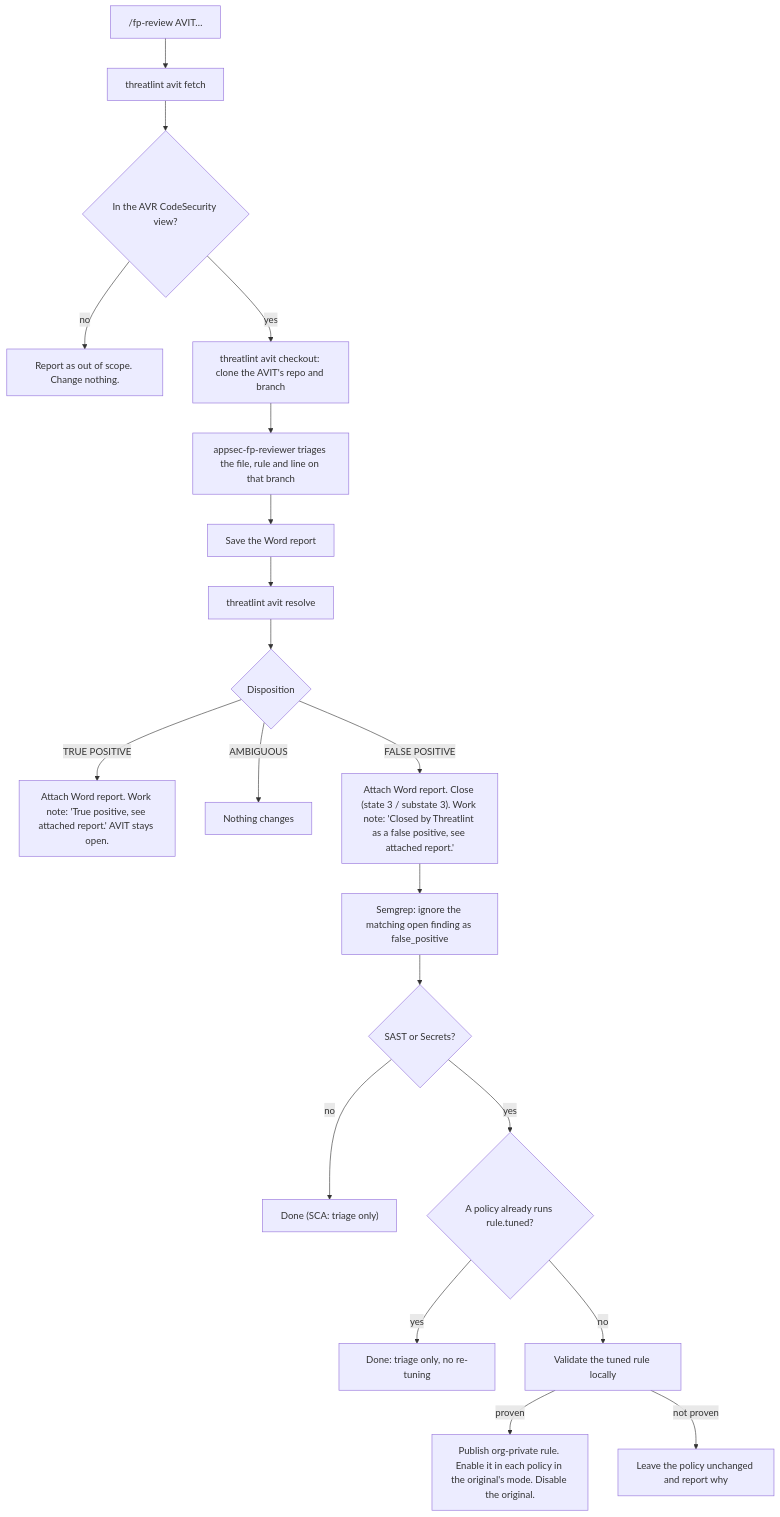
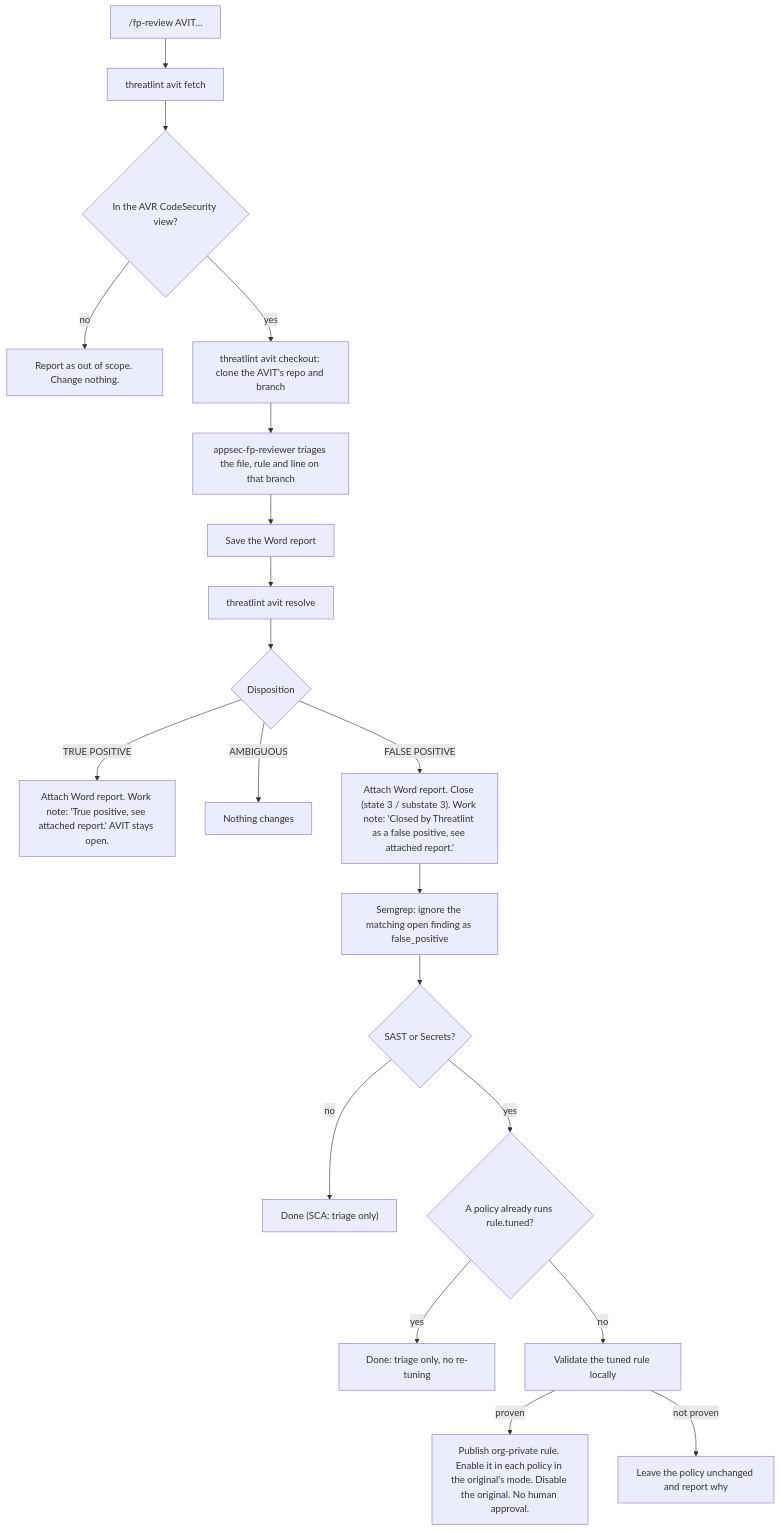
One commit to h0p3sf4ll/threatlint changed the first of 2 diagrams in docs/avit-integration.md. Above: the diagram before and after it, drawn with Mermaid. The commit also changed other lines of this file and 5 other files, not shown here.

First line of the commit message:
feat(semgrep): deploy proven rule tunings without human approval

````diff
--- a/docs/avit-integration.md
+++ b/docs/avit-integration.md
@@ -46,22 +46,22 @@
 ```mermaid
 flowchart TD
     A["/fp-review AVIT…"] --> B["threatlint avit fetch"]
     B --> C{"In the AVR CodeSecurity view?"}
     C -- no --> X["Report as out of scope. Change nothing."]
     C -- yes --> D["threatlint avit checkout: clone the AVIT's repo and branch"]
     D --> E["appsec-fp-reviewer triages the file, rule and line on that branch"]
     E --> F["Save the Word report"]
     F --> G["threatlint avit resolve"]
     G --> H{"Disposition"}
     H -- "TRUE POSITIVE" --> T["Attach Word report. Work note: 'True positive, see attached report.' AVIT stays open."]
     H -- AMBIGUOUS --> N["Nothing changes"]
     H -- "FALSE POSITIVE" --> P["Attach Word report. Close (state 3 / substate 3). Work note: 'Closed by Threatlint as a false positive, see attached report.'"]
     P --> S["Semgrep: ignore the matching open finding as false_positive"]
     S --> R{"SAST or Secrets?"}
     R -- no --> Z["Done (SCA: triage only)"]
     R -- yes --> Q{"A policy already runs rule.tuned?"}
     Q -- yes --> Z2["Done: triage only, no re-tuning"]
     Q -- no --> V["Validate the tuned rule locally"]
-    V -- proven --> W["Publish org-private rule. Enable it in each policy in the original's mode. Disable the original."]
+    V -- proven --> W["Publish org-private rule. Enable it in each policy in the original's mode. Disable the original. No human approval."]
     V -- "not proven" --> Y["Leave the policy unchanged and report why"]
 ```
````
